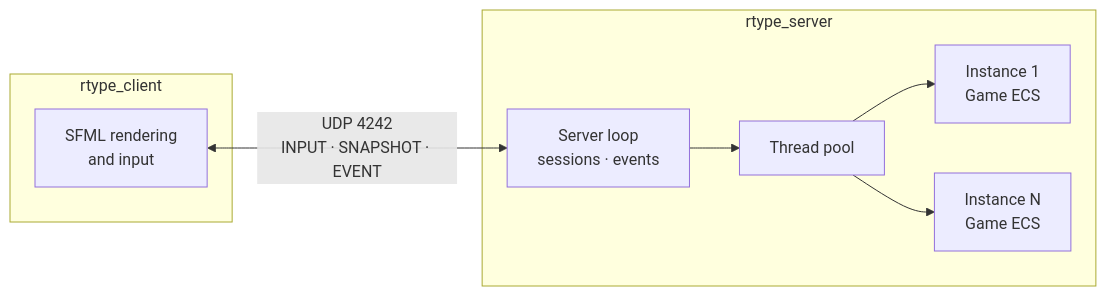
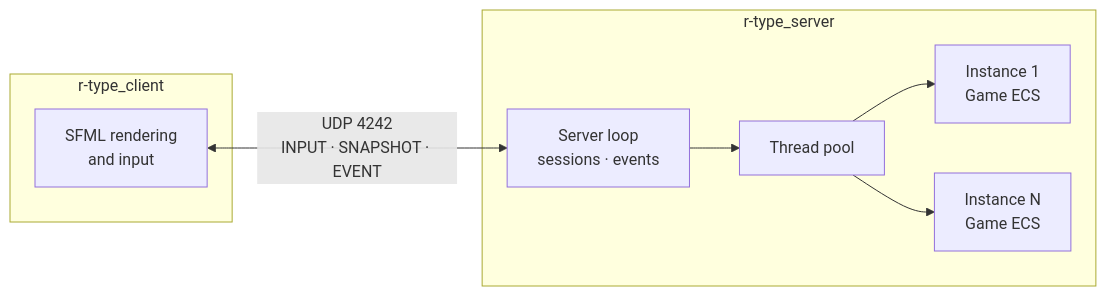
The diagram in README.md (MyEpitechProjects/G-ING-500-LIL-5-1-rtype-5), drawn with Mermaid before and after one commit. The commit also changed other lines of this file and 6 other files, not shown here.

Commit message:
fix: remove old Makefiles, change pack_assets.py to pack_assets.cpp to remove python3 dependency, change rtype_client and rtype_server to r-type_client r-type_server

````diff
--- a/README.md
+++ b/README.md
@@ -39,12 +39,12 @@
 ```mermaid
 flowchart LR
-    subgraph Client["rtype_client"]
+    subgraph Client["r-type_client"]
         G[SFML rendering<br/>and input]
     end
-    subgraph Server["rtype_server"]
+    subgraph Server["r-type_server"]
         S[Server loop<br/>sessions · events] --> P[Thread pool]
         P --> I1[Instance 1<br/>Game ECS]
         P --> I2[Instance N<br/>Game ECS]
     end
     G <-- "UDP 4242<br/>INPUT · SNAPSHOT · EVENT" --> S
 ```
````
